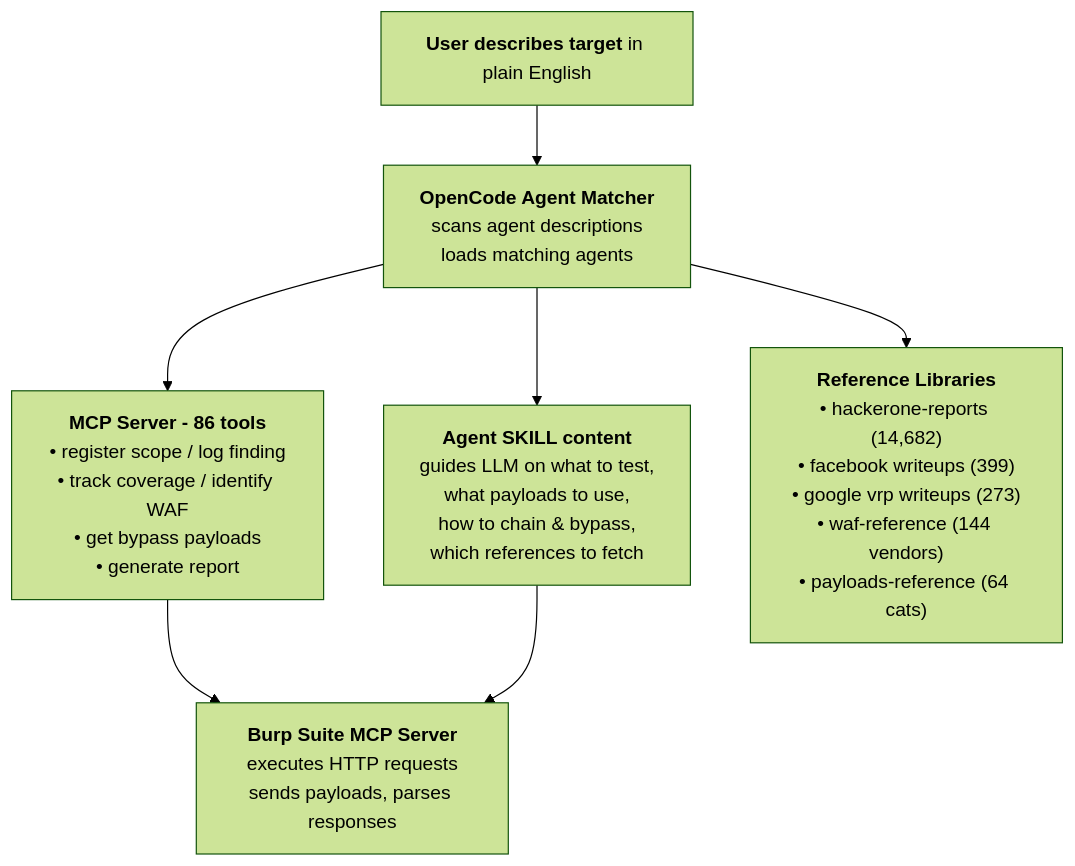
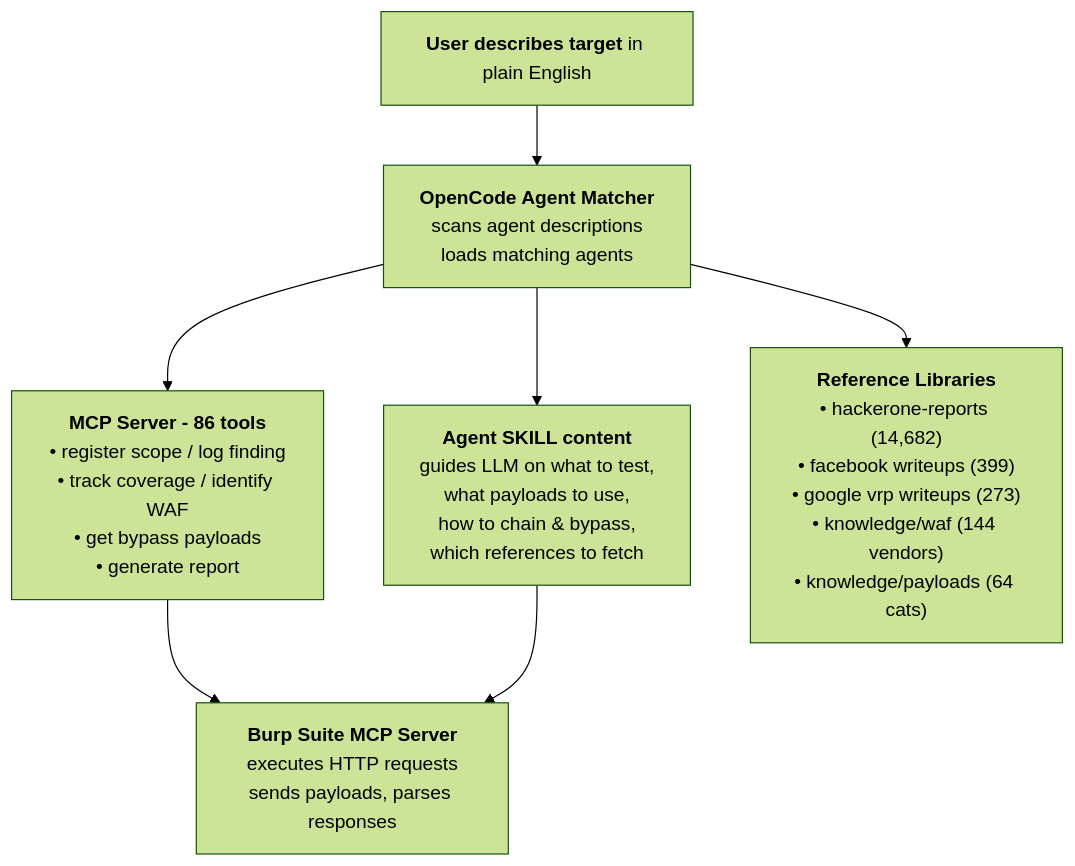
One commit to manojxshrestha/dristi changed the first of 3 diagrams in docs/workflow.md. Above: the diagram before and after it, drawn with Mermaid (forest theme). The commit also changed other lines of this file and 1116 other files, not shown here.

````diff
--- a/docs/workflow.md
+++ b/docs/workflow.md
@@ -16,33 +16,33 @@
 ```mermaid
 graph TB
     User["`**User describes target** in plain English`"]
     Matcher["`**OpenCode Agent Matcher**
     scans agent descriptions
     loads matching agents`"]
     MCP["`**MCP Server - 86 tools**
     • register scope / log finding
     • track coverage / identify WAF
     • get bypass payloads
     • generate report`"]
     Agent["`**Agent SKILL content**
     guides LLM on what to test,
     what payloads to use,
     how to chain & bypass,
     which references to fetch`"]
     Burp["`**Burp Suite MCP Server**
     executes HTTP requests
     sends payloads, parses responses`"]
     Refs["`**Reference Libraries**
     • hackerone-reports (14,682)
     • facebook writeups (399)
     • google vrp writeups (273)
-    • waf-reference (144 vendors)
-    • payloads-reference (64 cats)`"]
+    • knowledge/waf (144 vendors)
+    • knowledge/payloads (64 cats)`"]
 
     User --> Matcher
     Matcher --> MCP
     Matcher --> Agent
     Matcher --> Refs
     MCP --> Burp
     Agent --> Burp
 ```
````
